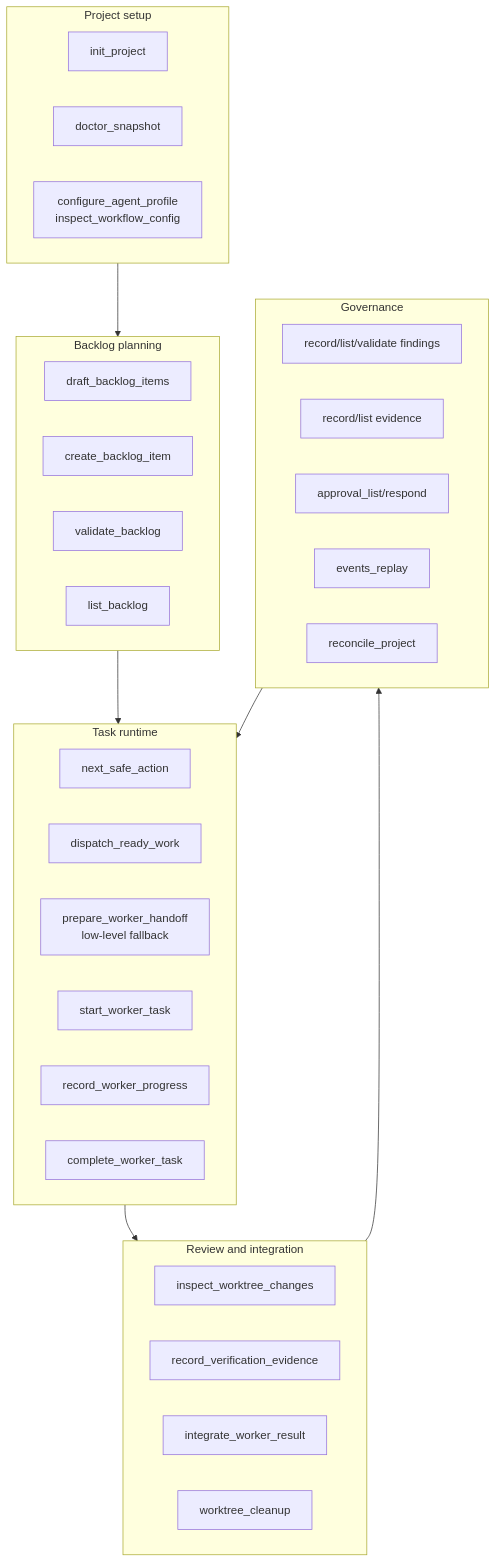
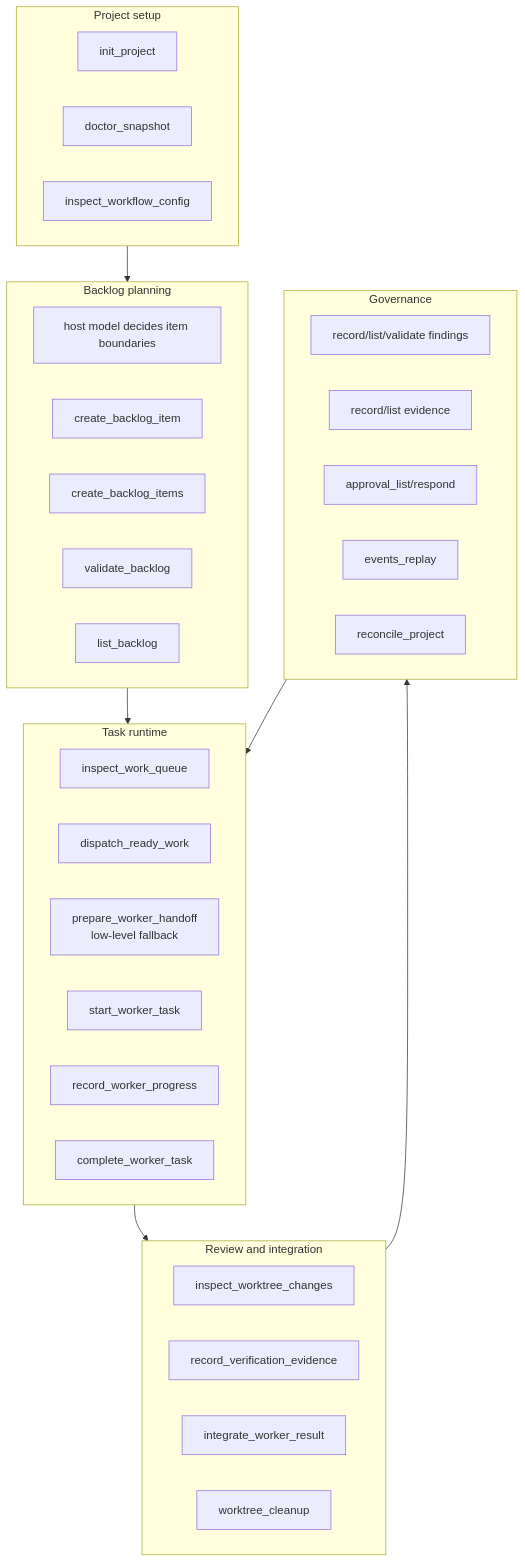
One commit to junousia/platypus-mcp changed the ninth of 12 diagrams in docs/diagrams.md. Above: the diagram before and after it, drawn with Mermaid. The commit also changed other lines of this file and 179 other files, not shown here.

````diff
--- a/docs/diagrams.md
+++ b/docs/diagrams.md
@@ -268,42 +268,43 @@
 ```mermaid
 flowchart TB
     subgraph Project["Project setup"]
         init["init_project"]
         doctor["doctor_snapshot"]
-        config["configure_agent_profile<br/>inspect_workflow_config"]
+        config["inspect_workflow_config"]
     end
 
     subgraph Planning["Backlog planning"]
-        draft["draft_backlog_items"]
+        decide["host model decides item boundaries"]
         create["create_backlog_item"]
+        create_many["create_backlog_items"]
         validate["validate_backlog"]
         list["list_backlog"]
     end
 
     subgraph Runtime["Task runtime"]
-        next["next_safe_action"]
+        queue["inspect_work_queue"]
         dispatch["dispatch_ready_work"]
         handoff["prepare_worker_handoff<br/>low-level fallback"]
         start["start_worker_task"]
         progress["record_worker_progress"]
         complete["complete_worker_task"]
     end
 
     subgraph Review["Review and integration"]
         diff["inspect_worktree_changes"]
         verify["record_verification_evidence"]
         integrate["integrate_worker_result"]
         cleanup["worktree_cleanup"]
     end
 
     subgraph Governance["Governance"]
         findings["record/list/validate findings"]
         evidence["record/list evidence"]
         approvals["approval_list/respond"]
         events["events_replay"]
         reconcile["reconcile_project"]
     end
 
     Project --> Planning --> Runtime --> Review --> Governance
     Governance --> Runtime
 ```
````
